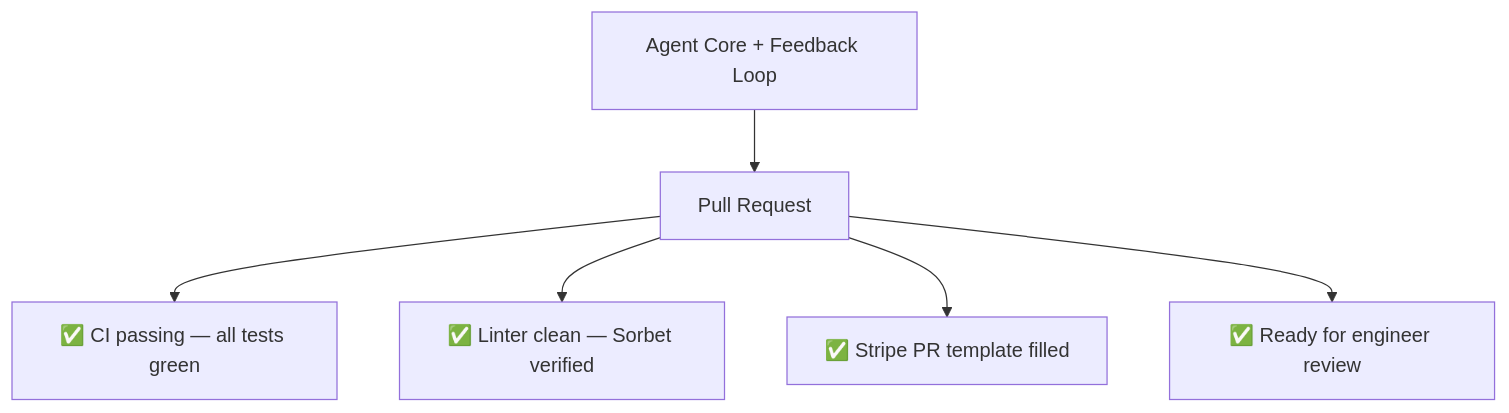
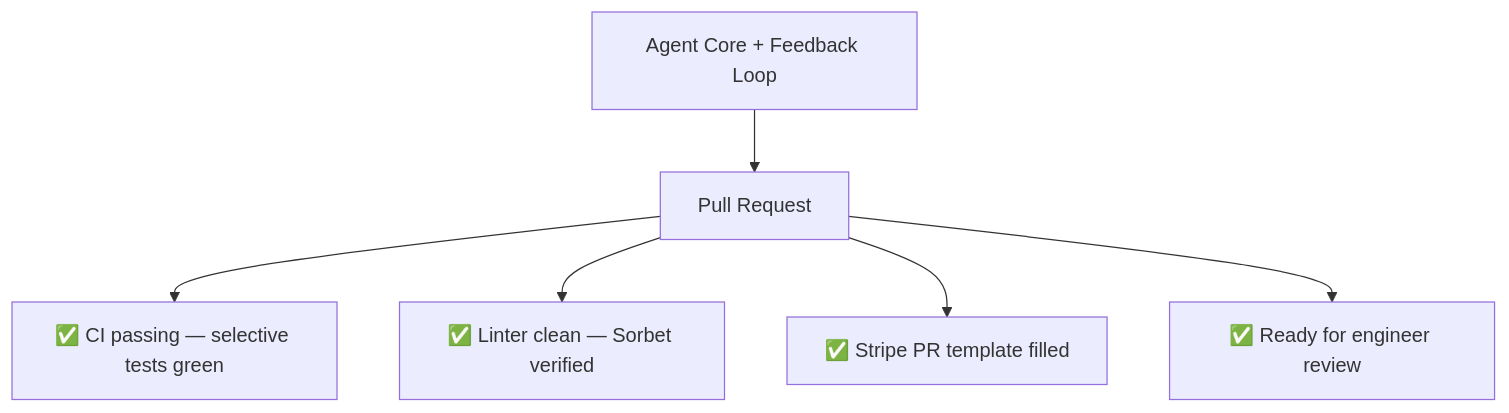
One commit to kimchanhyung98/agentic-workflows changed the fourth of 6 diagrams in docs/examples/minions/02-stripe-minions-part2.md. Above: the diagram before and after it, drawn with Mermaid. The commit also changed other lines of this file and 1 other file, not shown here.

````diff
--- a/docs/examples/minions/02-stripe-minions-part2.md
+++ b/docs/examples/minions/02-stripe-minions-part2.md
@@ -145,9 +143,9 @@
 ```mermaid
 flowchart TD
     Agent["Agent Core + Feedback Loop"] --> PR["Pull Request"]
 
-    PR --> C1["✅ CI passing — all tests green"]
+    PR --> C1["✅ CI passing — selective tests green"]
     PR --> C2["✅ Linter clean — Sorbet verified"]
     PR --> C3["✅ Stripe PR template filled"]
     PR --> C4["✅ Ready for engineer review"]
 ```
````
